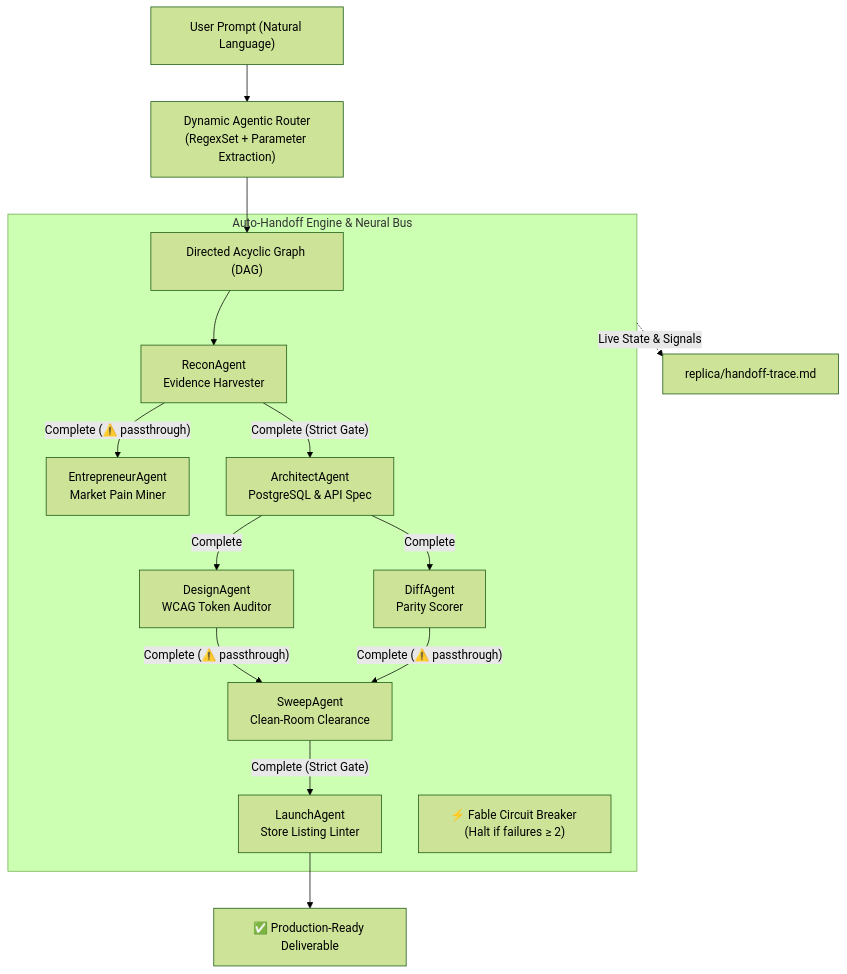
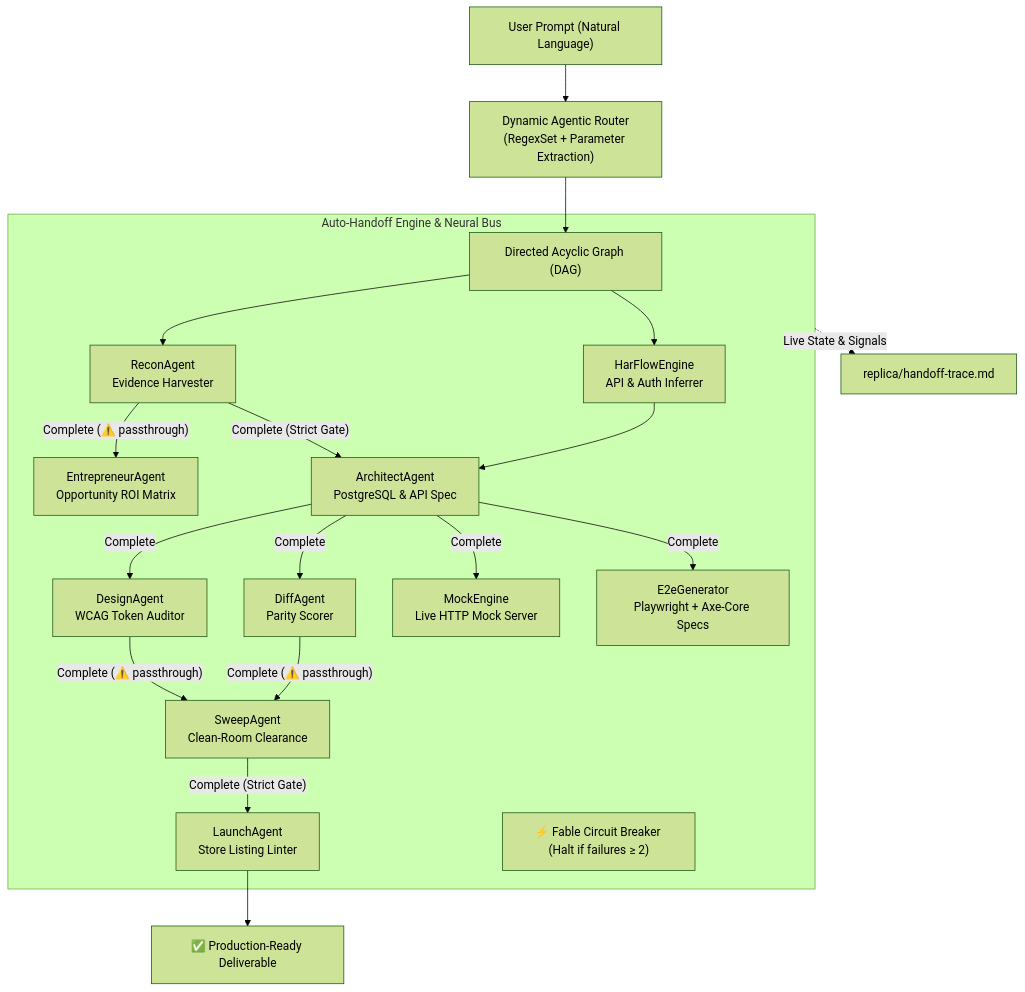
Before and after one commit to imMamdouhaboammar/replica-square: the diagram in skills/replica-square/SKILL.md, drawn with Mermaid (forest theme). The commit also changed other lines of this file and 13 other files, not shown here.

Commit message:
feat(elite): implement HarFlowEngine, MockEngine, E2eGenerator, and OpportunityMatrix based on deep reverse-engineering research

````diff
--- a/skills/replica-square/SKILL.md
+++ b/skills/replica-square/SKILL.md
@@ -57,21 +60,25 @@
 ```mermaid
 flowchart TD
     PROMPT["User Prompt (Natural Language)"] --> ROUTER["Dynamic Agentic Router<br/>(RegexSet + Parameter Extraction)"]
     ROUTER --> DAG["Directed Acyclic Graph (DAG)"]
 
     subgraph ENGINE ["Auto-Handoff Engine & Neural Bus"]
         DAG --> RECON["ReconAgent<br/>Evidence Harvester"]
-        RECON -->|"Complete (⚠️ passthrough)"| ENTRE["EntrepreneurAgent<br/>Market Pain Miner"]
+        DAG --> HAR["HarFlowEngine<br/>API & Auth Inferrer"]
+        RECON -->|"Complete (⚠️ passthrough)"| ENTRE["EntrepreneurAgent<br/>Opportunity ROI Matrix"]
         RECON -->|"Complete (Strict Gate)"| ARCH["ArchitectAgent<br/>PostgreSQL & API Spec"]
+        HAR --> ARCH
         ARCH -->|"Complete"| DESIGN["DesignAgent<br/>WCAG Token Auditor"]
         ARCH -->|"Complete"| DIFF["DiffAgent<br/>Parity Scorer"]
+        ARCH -->|"Complete"| MOCK["MockEngine<br/>Live HTTP Mock Server"]
+        ARCH -->|"Complete"| TESTGEN["E2eGenerator<br/>Playwright + Axe-Core Specs"]
         DESIGN -->|"Complete (⚠️ passthrough)"| SWEEP["SweepAgent<br/>Clean-Room Clearance"]
         DIFF -->|"Complete (⚠️ passthrough)"| SWEEP
         SWEEP -->|"Complete (Strict Gate)"| LAUNCH["LaunchAgent<br/>Store Listing Linter"]
 
         CIRCUIT["⚡ Fable Circuit Breaker (Halt if failures ≥ 2)"]
     end
 
     LAUNCH --> OUT["✅ Production-Ready Deliverable"]
     ENGINE -.->|"Live State & Signals"| TRACE["replica/handoff-trace.md"]
 ```
````
